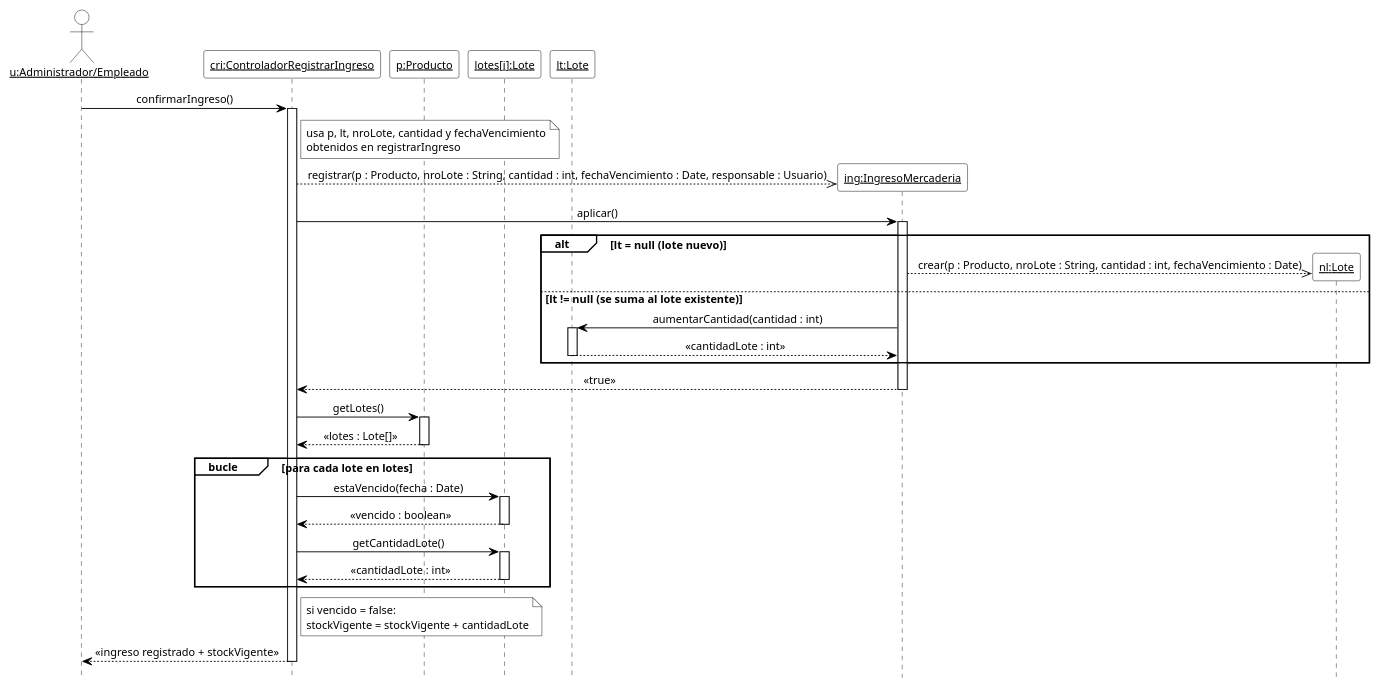
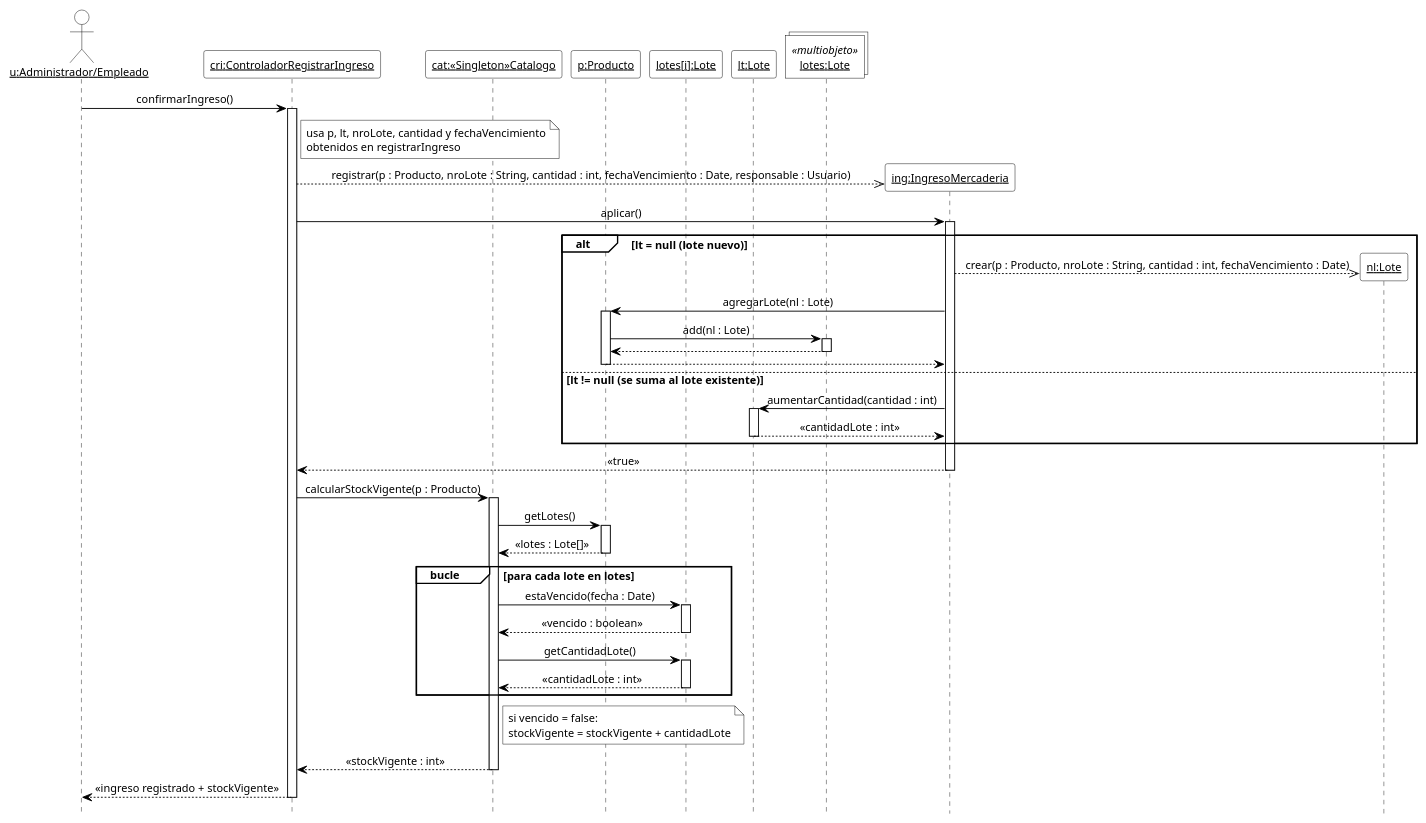
Before and after one commit to cirotop/Stock-Project: diagram 11 of 17 in 08-Diagrama De Secuencia/Diagramas_de_Secuencia.md, drawn with PlantUML. The commit also changed other lines of this file and 36 other files, not shown here.

````diff
--- a/08-Diagrama De Secuencia/Diagramas_de_Secuencia.md
+++ b/08-Diagrama De Secuencia/Diagramas_de_Secuencia.md
@@ -642,54 +783,64 @@
 ```plantuml
 @startuml DSD_CU-05_confirmarIngreso
 ' Diagrama de Secuencia de Diseño (DSD) - CU-05 Registrar ingreso de mercadería - confirmarIngreso
 ' Estilo de los ejemplos de la teoría (introducirArticulo / crearNuevaVenta).
 hide footbox
 skinparam shadowing false
 skinparam defaultFontName Arial
 skinparam defaultFontSize 12
 skinparam sequenceMessageAlign center
 skinparam ArrowColor black
 skinparam ParticipantBackgroundColor white
 skinparam ParticipantBorderColor black
+skinparam CollectionsBackgroundColor white
+skinparam CollectionsBorderColor black
 skinparam ActorBackgroundColor white
 skinparam ActorBorderColor black
 skinparam LifeLineBorderColor black
 skinparam LifeLineBackgroundColor white
 skinparam SequenceGroupBackgroundColor white
 skinparam SequenceGroupBorderColor black
 skinparam SequenceGroupHeaderFontColor black
 skinparam NoteBackgroundColor white
 skinparam NoteBorderColor black
 
 actor "<u>u:Administrador/Empleado</u>" as u
 participant "<u>cri:ControladorRegistrarIngreso</u>" as cri
+participant "<u>cat:«Singleton»Catalogo</u>" as cat
 participant "<u>p:Producto</u>" as p
 participant "<u>lotes[i]:Lote</u>" as li
 participant "<u>lt:Lote</u>" as lt
+collections "<u>lotes:Lote</u>" as ml <<multiobjeto>>
 
 u -> cri ++ : confirmarIngreso()
 note right of cri : usa p, lt, nroLote, cantidad y fechaVencimiento\nobtenidos en registrarIngreso
 create participant "<u>ing:IngresoMercaderia</u>" as ing
 cri -->> ing : registrar(p : Producto, nroLote : String, cantidad : int, fechaVencimiento : Date, responsable : Usuario)
 cri -> ing ++ : aplicar()
 alt lt = null (lote nuevo)
   create participant "<u>nl:Lote</u>" as nl
   ing -->> nl : crear(p : Producto, nroLote : String, cantidad : int, fechaVencimiento : Date)
+  ing -> p ++ : agregarLote(nl : Lote)
+  p -> ml ++ : add(nl : Lote)
+  ml --> p --
+  p --> ing --
 else lt != null (se suma al lote existente)
   ing -> lt ++ : aumentarCantidad(cantidad : int)
   lt --> ing -- : «cantidadLote : int»
 end
 ing --> cri -- : «true»
-cri -> p ++ : getLotes()
-p --> cri -- : «lotes : Lote[]»
+cri -> cat ++ : calcularStockVigente(p : Producto)
+cat -> p ++ : getLotes()
+p --> cat -- : «lotes : Lote[]»
 group bucle [para cada lote en lotes]
-  cri -> li ++ : estaVencido(fecha : Date)
-  li --> cri -- : «vencido : boolean»
-  cri -> li ++ : getCantidadLote()
-  li --> cri -- : «cantidadLote : int»
+  cat -> li ++ : estaVencido(fecha : Date)
+  li --> cat -- : «vencido : boolean»
+  cat -> li ++ : getCantidadLote()
+  li --> cat -- : «cantidadLote : int»
 end
-note right of cri : si vencido = false:\nstockVigente = stockVigente + cantidadLote
+note right of cat : si vencido = false:\nstockVigente = stockVigente + cantidadLote
+cat --> cri -- : «stockVigente : int»
 cri --> u -- : «ingreso registrado + stockVigente»
 
 @enduml
 ```
````
